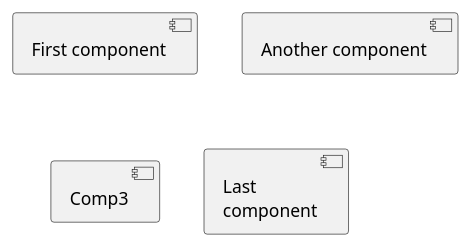
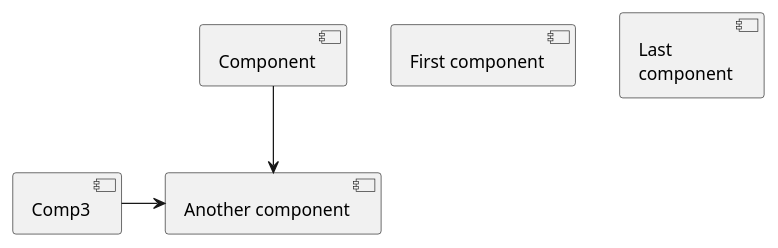
The diagram in domain/example-uml.iuml (andysylvester/federated-bookshelves), drawn with PlantUML before and after one commit.

Commit message:
Update example-uml.iuml
Trying out adding connections

```diff
--- a/domain/example-uml.iuml
+++ b/domain/example-uml.iuml
@@ -1,8 +1,13 @@
 @startuml
 
 [First component]
 [Another component] as Comp2
 component Comp3
 component [Last\ncomponent] as Comp4
 
+[Component] --> Comp2
+[Comp3] -> Comp2
+
+
+
 @enduml
```
